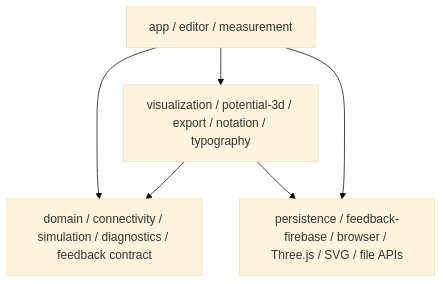
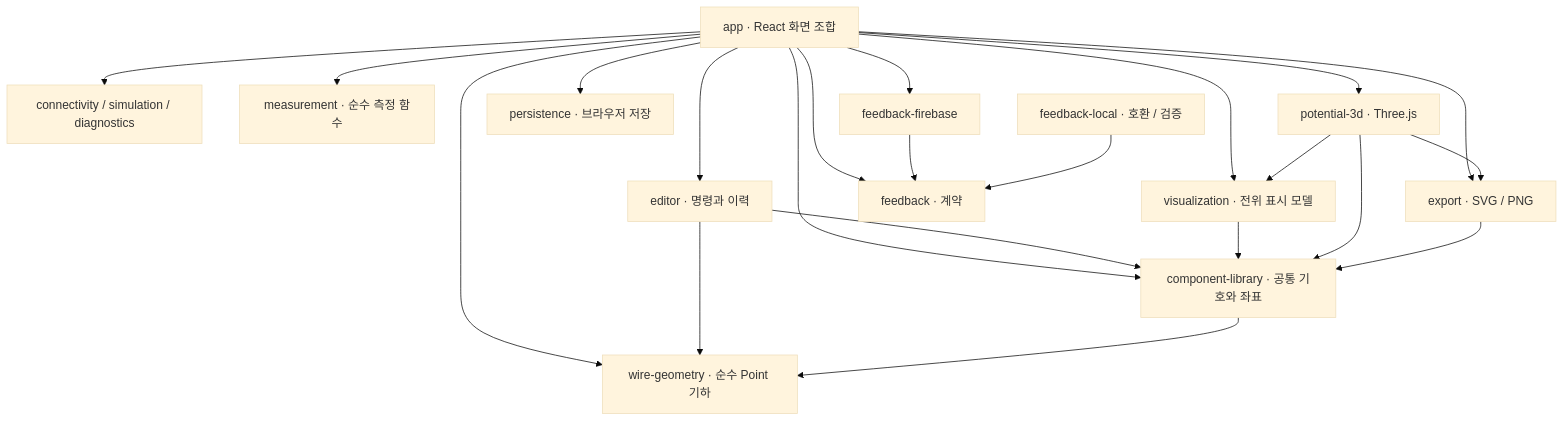
The diagram in docs/architecture/overview.md (Cho-WH/circuit), drawn with Mermaid (base theme) before and after one commit. The commit also changed other lines of this file and 25 other files, not shown here.

````diff
--- a/docs/architecture/overview.md
+++ b/docs/architecture/overview.md
@@ -13,13 +15,25 @@
 ```mermaid
 flowchart TB
-    UI[app / editor / measurement]
-    VIEW[visualization / potential-3d / export / notation / typography]
-    CORE[domain / connectivity / simulation / diagnostics / feedback contract]
-    INFRA[persistence / feedback-firebase / browser / Three.js / SVG / file APIs]
+    APP[app · React 화면 조합]
+    CORE[connectivity / simulation / diagnostics]
+    EDIT[editor · 명령과 이력]
+    MEASURE[measurement · 순수 측정 함수]
+    VIEW[visualization · 전위 표시 모델]
+    SCENE[potential-3d · Three.js]
+    EXPORT[export · SVG / PNG]
+    SYMBOL[component-library · 공통 기호와 좌표]
+    GEOMETRY[wire-geometry · 순수 Point 기하]
+    STORE[persistence · 브라우저 저장]
+    REMOTE[feedback-firebase]
+    LOCAL[feedback-local · 호환 / 검증]
+    FEEDBACK[feedback · 계약]
 
-    UI --> CORE
-    VIEW --> CORE
-    UI --> VIEW
-    UI --> INFRA
-    VIEW --> INFRA
+    APP --> CORE & EDIT & MEASURE & VIEW & SCENE & EXPORT & STORE & SYMBOL & GEOMETRY & REMOTE & FEEDBACK
+    EDIT --> SYMBOL & GEOMETRY
+    VIEW --> SYMBOL
+    SCENE --> VIEW & SYMBOL & EXPORT
+    EXPORT --> SYMBOL
+    SYMBOL --> GEOMETRY
+    REMOTE --> FEEDBACK
+    LOCAL --> FEEDBACK
 ```
````
